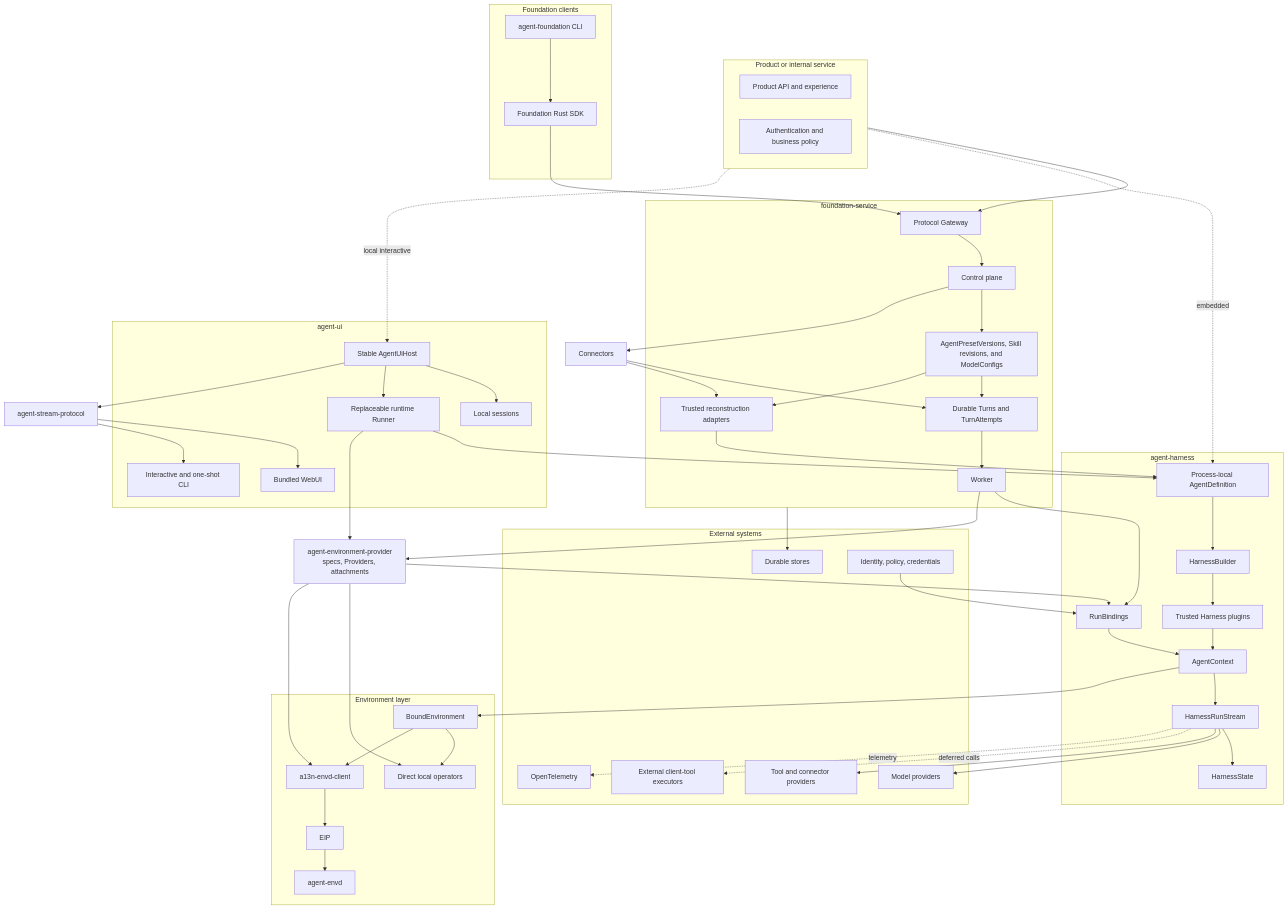
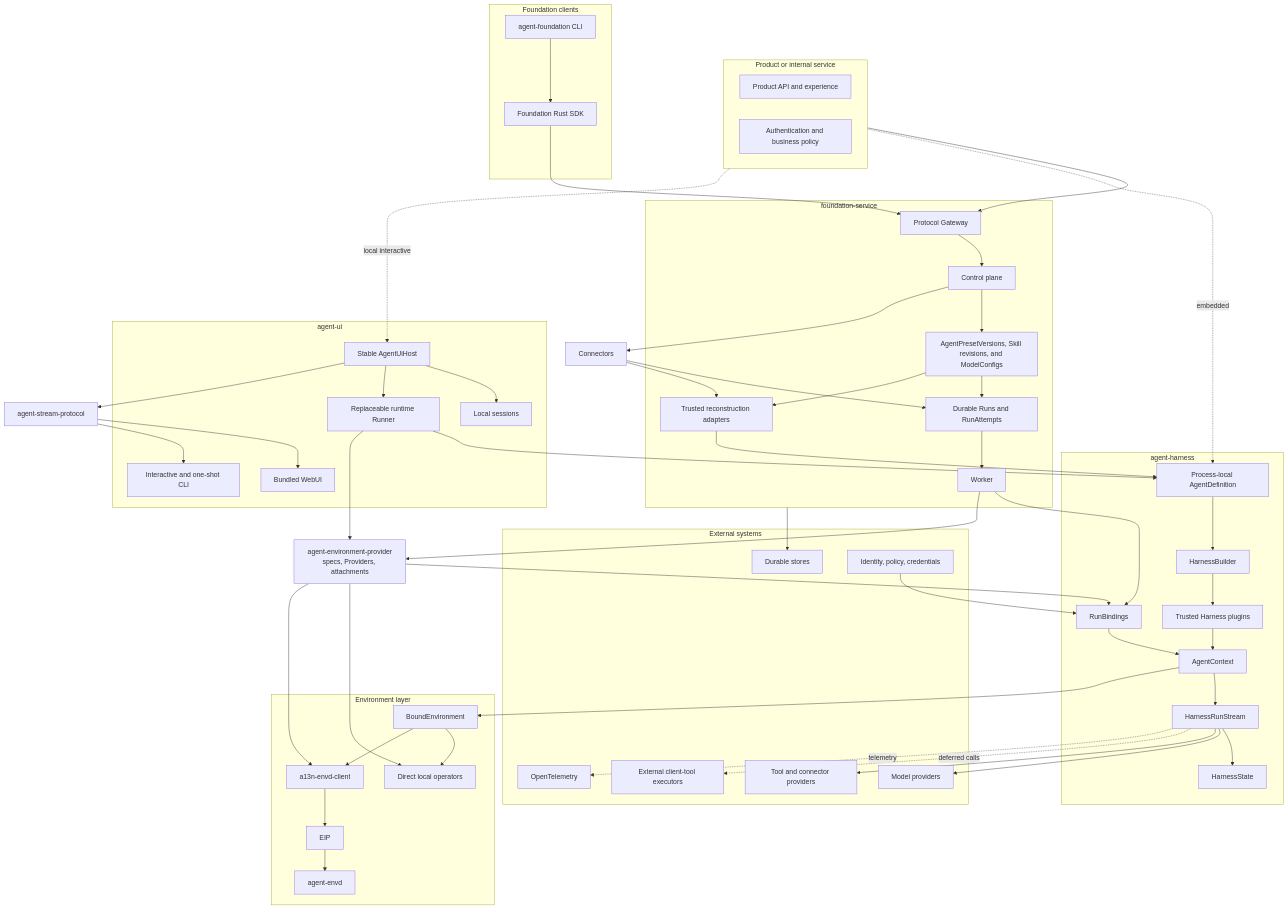
The first of 4 diagrams in spec/README.md (LTThreeComma/agent-foundation), drawn with Mermaid before and after one commit. The commit also changed other lines of this file and 50 other files, not shown here.

First line of the commit message:
refactor(foundation): rename durable turns to runs (#65)

```diff
--- a/spec/README.md
+++ b/spec/README.md
@@ -31,7 +31,7 @@
         Gateway[Protocol Gateway]
         Control[Control plane]
         Definitions[AgentPresetVersions, Skill revisions, and ModelConfigs]
-        Lifecycle[Durable Turns and TurnAttempts]
+        Lifecycle[Durable Runs and RunAttempts]
         Worker[Worker]
         Reconstruct[Trusted reconstruction adapters]
     end
```
